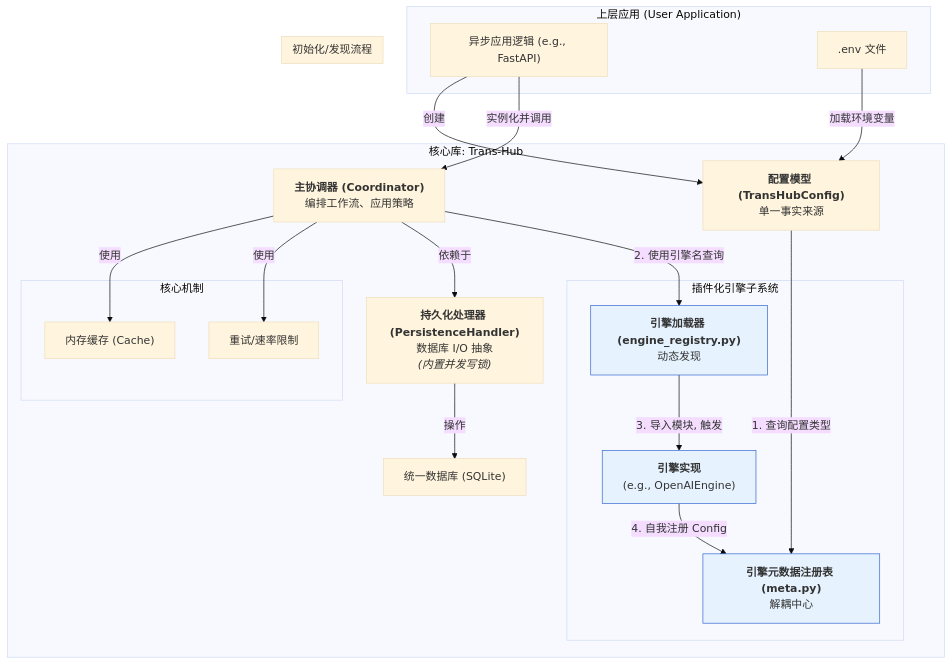
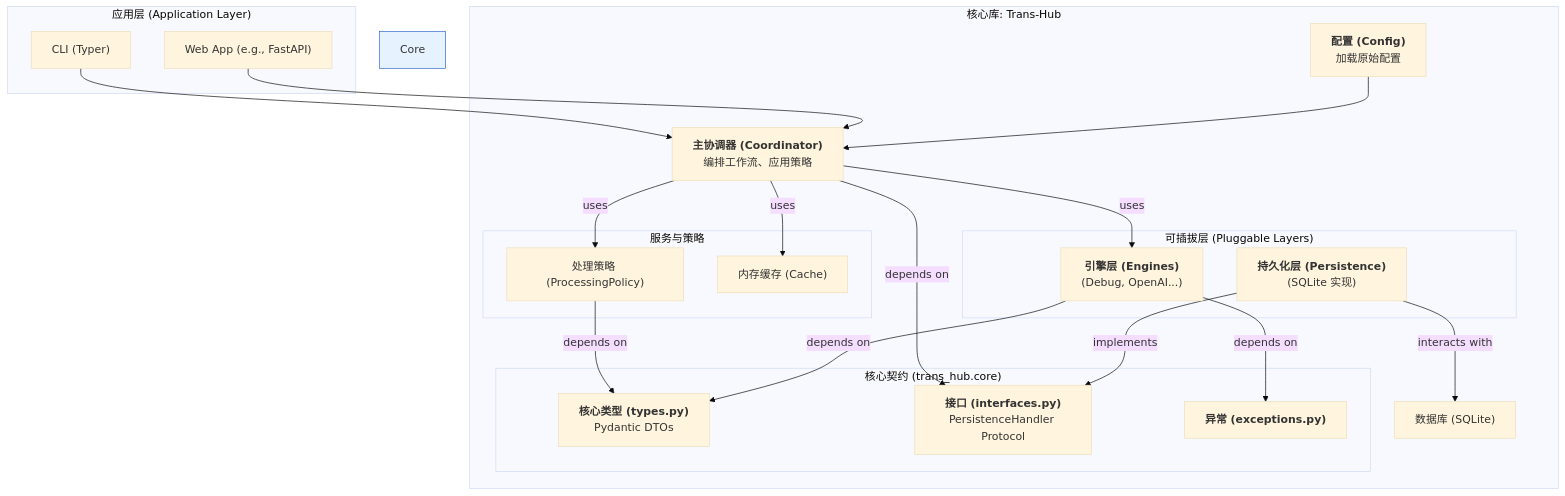
The diagram in docs/guides/architecture.rst (SakenW/Trans-Hub), drawn with Mermaid (base theme) before and after one commit. The commit also changed other lines of this file and 14 other files, not shown here.

```diff
--- a/docs/guides/architecture.rst
+++ b/docs/guides/architecture.rst
@@ -26,45 +23,44 @@
 .. mermaid::
 
    graph TD
-       subgraph "上层应用 (User Application)"
-           A["异步应用逻辑 (e.g., FastAPI)"]
-           G[".env 文件"]
+       subgraph "应用层 (Application Layer)"
+           CLI["CLI (Typer)"]
+           WebApp["Web App (e.g., FastAPI)"]
        end
 
        subgraph "核心库: Trans-Hub"
-           B["<b>主协调器 (Coordinator)</b><br/>编排工作流、应用策略"]
-           U1["<b>配置模型 (TransHubConfig)</b><br/>单一事实来源"]
-           D["<b>持久化处理器 (PersistenceHandler)</b><br/>数据库 I/O 抽象<br/><i>(内置并发写锁)</i>"]
-           F["统一数据库 (SQLite)"]
+           Coordinator["<b>主协调器 (Coordinator)</b><br/>编排工作流、应用策略"]
+           Config["<b>配置 (Config)</b><br/>加载原始配置"]
            
-           subgraph "插件化引擎子系统"
-               E_meta["<b>引擎元数据注册表 (meta.py)</b><br/>解耦中心"]
-               C3["<b>引擎加载器 (engine_registry.py)</b><br/>动态发现"]
-               E_impl["<b>引擎实现</b><br/>(e.g., OpenAIEngine)"]
+           subgraph "核心契约 (trans_hub.core)"
+               style Core fill:#e6f3ff,stroke:#36c
+               CoreTypes["<b>核心类型 (types.py)</b><br/>Pydantic DTOs"]
+               CoreInterfaces["<b>接口 (interfaces.py)</b><br/>PersistenceHandler Protocol"]
+               CoreExceptions["<b>异常 (exceptions.py)</b>"]
            end
 
-           subgraph "核心机制"
-               C1["内存缓存 (Cache)"]
-               C2["重试/速率限制"]
+           subgraph "服务与策略"
+                Policies["处理策略 (ProcessingPolicy)"]
+                Cache["内存缓存 (Cache)"]
            end
+
+           subgraph "可插拔层 (Pluggable Layers)"
+               Persistence["<b>持久化层 (Persistence)</b><br/>(SQLite 实现)"]
+               Engines["<b>引擎层 (Engines)</b><br/>(Debug, OpenAI...)"]
+           end
+           
+           DB["数据库 (SQLite)"]
        end
 
-       G -- "加载环境变量" --> U1
-       A -- "创建" --> U1
-       A -- "实例化并调用" --> B
+       CLI & WebApp --> Coordinator
+       Coordinator -- uses --> Policies & Cache
+       Coordinator -- depends on --> CoreInterfaces
+       Policies -- depends on --> CoreTypes
        
-       B -- "使用" --> C1 & C2
-       B -- "依赖于" --> D
+       Persistence -- implements --> CoreInterfaces
+       Persistence -- interacts with --> DB
        
-       subgraph "初始化/发现流程"
-           style C3 fill:#e6f3ff,stroke:#36c
-           style E_impl fill:#e6f3ff,stroke:#36c
-           style E_meta fill:#e6f3ff,stroke:#36c
-           
-           U1 -- "1. 查询配置类型" --> E_meta
-           B -- "2. 使用引擎名查询" --> C3
-           C3 -- "3. 导入模块, 触发" --> E_impl
-           E_impl -- "4. 自我注册 Config" --> E_meta
-       end
-       
-       D -- "操作" --> F
+       Coordinator -- uses --> Engines
+       Engines -- depends on --> CoreTypes & CoreExceptions
+
+       Config --> Coordinator
```
